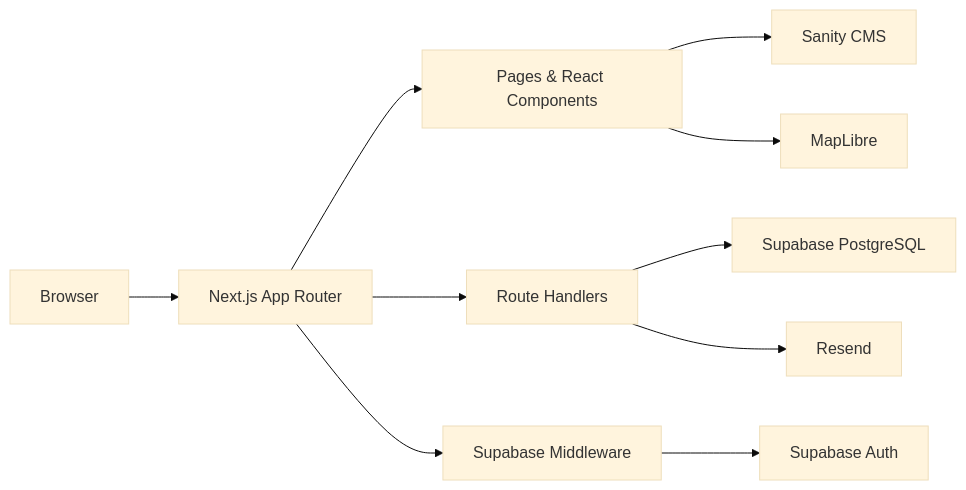
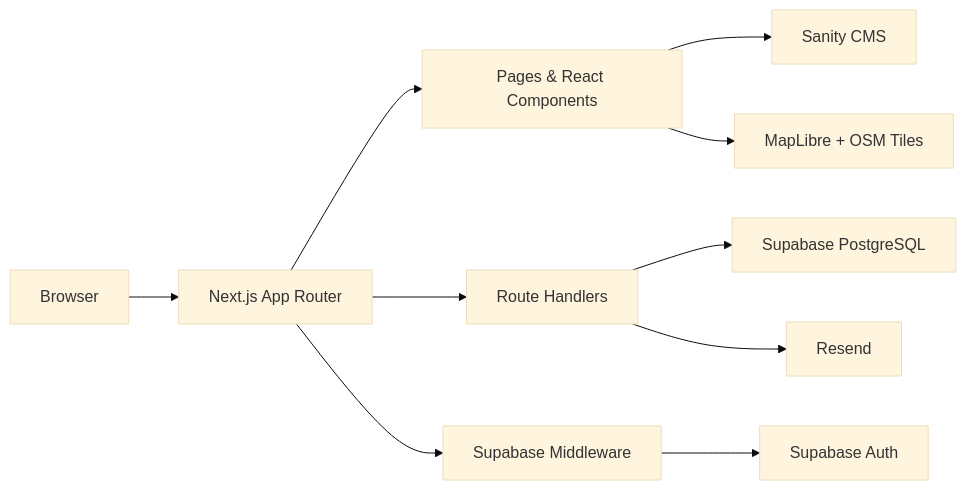
One commit to Naktekfis/demo-web changed the diagram in README.md. Above: the diagram before and after it, drawn with Mermaid (base theme). The commit also changed other lines of this file, not shown here.

````diff
--- a/README.md
+++ b/README.md
@@ -54,12 +57,12 @@
 ```mermaid
 flowchart LR
   user[Browser] --> app[Next.js App Router]
   app --> pages[Pages & React Components]
   app --> api[Route Handlers]
   app --> middleware[Supabase Middleware]
   middleware --> auth[Supabase Auth]
   api --> db[Supabase PostgreSQL]
   api --> email[Resend]
   pages --> cms[Sanity CMS]
-  pages --> map[MapLibre]
+  pages --> map[MapLibre + OSM Tiles]
 ```
````
